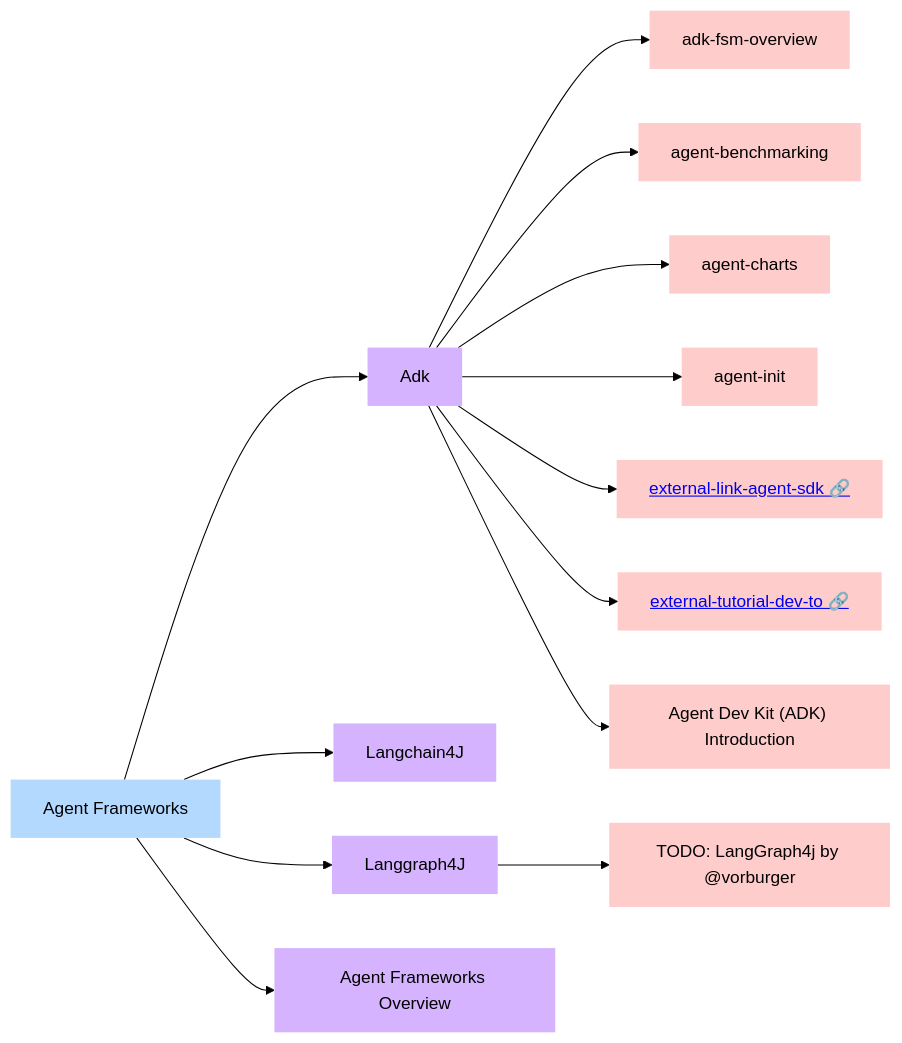
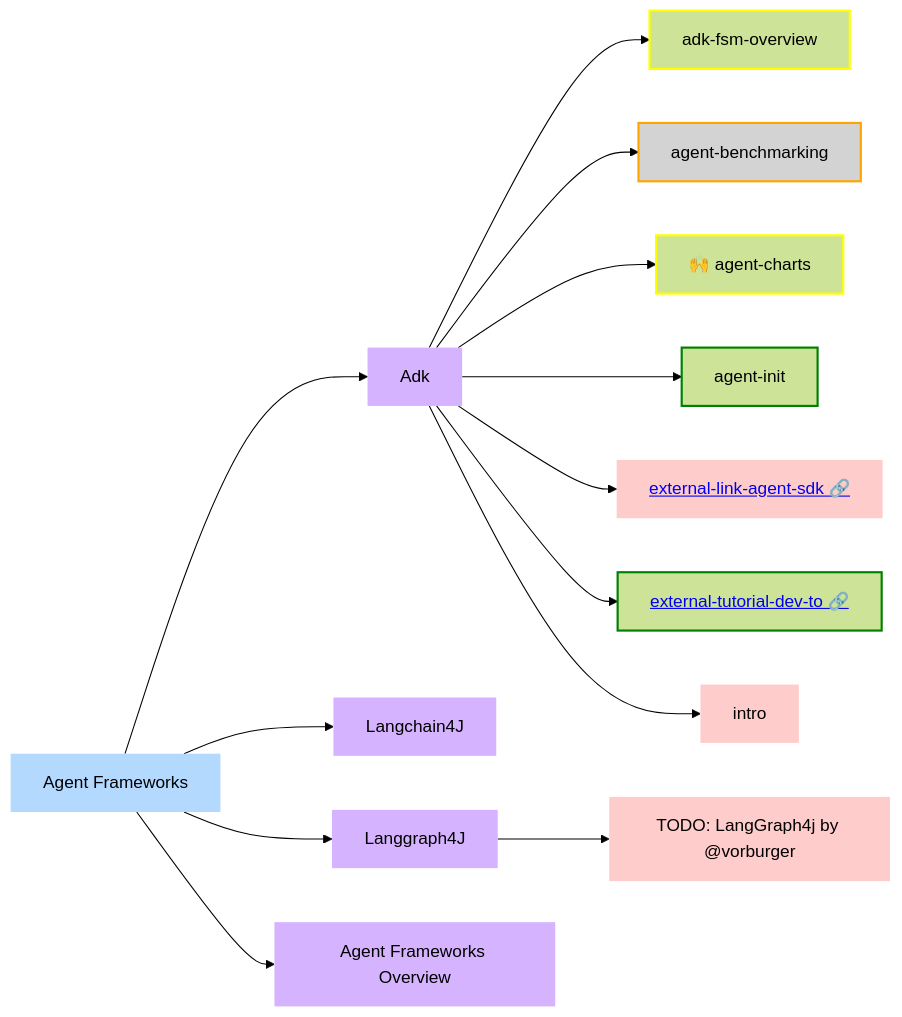
One commit to alexarguello/flatmap-docs-kit changed the diagram in docusaurus-resource/docs/20-agent-frameworks/index.md. Above: the diagram before and after it, drawn with Mermaid (forest theme). The commit also changed other lines of this file and 41 other files, not shown here.

````diff
--- a/docusaurus-resource/docs/20-agent-frameworks/index.md
+++ b/docusaurus-resource/docs/20-agent-frameworks/index.md
@@ -10,58 +10,63 @@
 ```mermaid
 graph LR
 n_20_agent_frameworks["Agent Frameworks"]
 n_20_agent_frameworks_adk["Adk"]
 n_20_agent_frameworks --> n_20_agent_frameworks_adk
 n_20_agent_frameworks_adk_adk_fsm_overview_md["adk-fsm-overview"]
 n_20_agent_frameworks_adk --> n_20_agent_frameworks_adk_adk_fsm_overview_md
 n_20_agent_frameworks_adk_agent_benchmarking_md["agent-benchmarking"]
 n_20_agent_frameworks_adk --> n_20_agent_frameworks_adk_agent_benchmarking_md
-n_20_agent_frameworks_adk_agent_charts_md["agent-charts"]
+n_20_agent_frameworks_adk_agent_charts_md["🙌 agent-charts"]
 n_20_agent_frameworks_adk --> n_20_agent_frameworks_adk_agent_charts_md
 n_20_agent_frameworks_adk_agent_init_md["agent-init"]
 n_20_agent_frameworks_adk --> n_20_agent_frameworks_adk_agent_init_md
 n_20_agent_frameworks_adk_external_link_agent_sdk_md["<a href='https://google.github.io/adk-docs/' target='_blank' rel='noopener noreferrer'>external-link-agent-sdk 🔗</a>"]
 n_20_agent_frameworks_adk --> n_20_agent_frameworks_adk_external_link_agent_sdk_md
 n_20_agent_frameworks_adk_external_tutorial_dev_to_md["<a href='https://www.datacamp.com/tutorial/agent-development-kit-adk' target='_blank' rel='noopener noreferrer'>external-tutorial-dev-to 🔗</a>"]
 n_20_agent_frameworks_adk --> n_20_agent_frameworks_adk_external_tutorial_dev_to_md
-n_20_agent_frameworks_adk_intro_md["Agent Dev Kit (ADK) Introduction"]
+n_20_agent_frameworks_adk_intro_md["intro"]
 n_20_agent_frameworks_adk --> n_20_agent_frameworks_adk_intro_md
 n_20_agent_frameworks_langchain4j["Langchain4J"]
 n_20_agent_frameworks --> n_20_agent_frameworks_langchain4j
 n_20_agent_frameworks_langgraph4j["Langgraph4J"]
 n_20_agent_frameworks --> n_20_agent_frameworks_langgraph4j
 n_20_agent_frameworks_langgraph4j_status_todo_md["TODO: LangGraph4j by @vorburger"]
 n_20_agent_frameworks_langgraph4j --> n_20_agent_frameworks_langgraph4j_status_todo_md
 n_20_agent_frameworks_overview_md["Agent Frameworks Overview"]
 n_20_agent_frameworks --> n_20_agent_frameworks_overview_md
 click n_20_agent_frameworks "/docs/agent-frameworks"
 click n_20_agent_frameworks_adk "/docs/agent-frameworks/adk"
 click n_20_agent_frameworks_adk_adk_fsm_overview_md "/docs/agent-frameworks/adk/adk-fsm-overview"
 click n_20_agent_frameworks_adk_agent_benchmarking_md "/docs/agent-frameworks/adk/agent-benchmarking"
 click n_20_agent_frameworks_adk_agent_charts_md "/docs/agent-frameworks/adk/agent-charts"
 click n_20_agent_frameworks_adk_agent_init_md "/docs/agent-frameworks/adk/agent-init"
 click n_20_agent_frameworks_adk_intro_md "/docs/agent-frameworks/adk/intro"
 click n_20_agent_frameworks_langchain4j "/docs/agent-frameworks/langchain4j"
 click n_20_agent_frameworks_langgraph4j "/docs/agent-frameworks/langgraph4j"
 click n_20_agent_frameworks_langgraph4j_status_todo_md "/docs/agent-frameworks/langgraph4j/status-todo"
 click n_20_agent_frameworks_overview_md "/docs/agent-frameworks/overview"
 classDef col0 fill:#b3d9ff,stroke:none;
 classDef col1 fill:#d5b3ff,stroke:none;
 classDef col2 fill:#ffcccc,stroke:none;
 classDef col3 fill:#ffd699,stroke:none;
 classDef col4 fill:#d0f0c0,stroke:none;
-class n_20_agent_frameworks_adk_adk_fsm_overview_md col2;
-class n_20_agent_frameworks_adk_agent_benchmarking_md col2;
-class n_20_agent_frameworks_adk_agent_charts_md col2;
-class n_20_agent_frameworks_adk_agent_init_md col2;
 class n_20_agent_frameworks_adk_external_link_agent_sdk_md col2;
-class n_20_agent_frameworks_adk_external_tutorial_dev_to_md col2;
 class n_20_agent_frameworks_adk_intro_md col2;
 class n_20_agent_frameworks_adk col1;
 class n_20_agent_frameworks_langchain4j col1;
 class n_20_agent_frameworks_langgraph4j_status_todo_md col2;
 class n_20_agent_frameworks_langgraph4j col1;
 class n_20_agent_frameworks_overview_md col1;
 class n_20_agent_frameworks col0;
+classDef custom0 stroke:yellow,stroke-width:2px,stroke-dasharray:0;
+class n_20_agent_frameworks_adk_adk_fsm_overview_md custom0;
+classDef custom1 fill:lightgrey,stroke:orange,stroke-width:2px,stroke-dasharray:0;
+class n_20_agent_frameworks_adk_agent_benchmarking_md custom1;
+classDef custom2 stroke:yellow,stroke-width:2px,stroke-dasharray:0;
+class n_20_agent_frameworks_adk_agent_charts_md custom2;
+classDef custom3 stroke:green,stroke-width:2px,stroke-dasharray:0;
+class n_20_agent_frameworks_adk_agent_init_md custom3;
+classDef custom4 stroke:green,stroke-width:2px,stroke-dasharray:0;
+class n_20_agent_frameworks_adk_external_tutorial_dev_to_md custom4;
 linkStyle default interpolate basis
 ```
````
